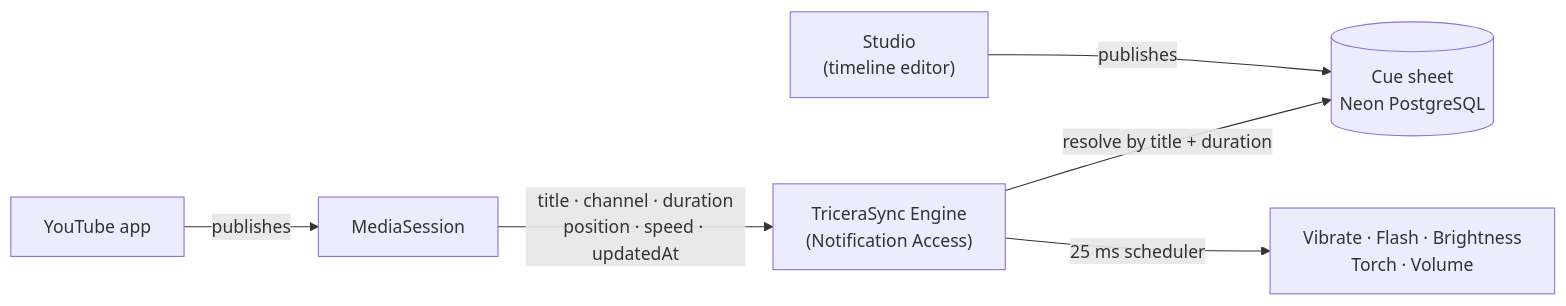
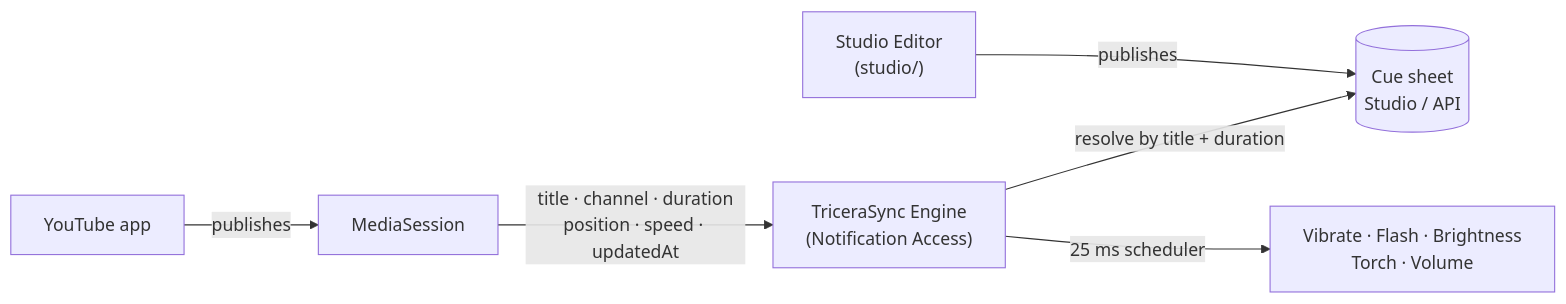
Before and after one commit to TraxDinosaur/TriceraSync: the diagram in README.md, drawn with Mermaid. The commit also changed other lines of this file and 211 other files, not shown here.

````diff
--- a/README.md
+++ b/README.md
@@ -36,8 +40,8 @@
 ```mermaid
 flowchart LR
     A["YouTube app"] -->|publishes| B["MediaSession"]
     B -->|"title · channel · duration<br/>position · speed · updatedAt"| C["TriceraSync Engine<br/>(Notification Access)"]
-    C -->|"resolve by title + duration"| D[("Cue sheet<br/>Neon PostgreSQL")]
-    E["Studio<br/>(timeline editor)"] -->|publishes| D
+    C -->|"resolve by title + duration"| D[("Cue sheet<br/>Studio / API")]
+    E["Studio Editor<br/>(studio/)"] -->|publishes| D
     C -->|"25 ms scheduler"| F["Vibrate · Flash · Brightness<br/>Torch · Volume"]
 ```
````
